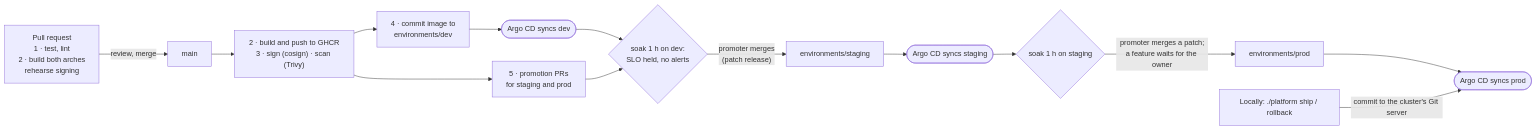
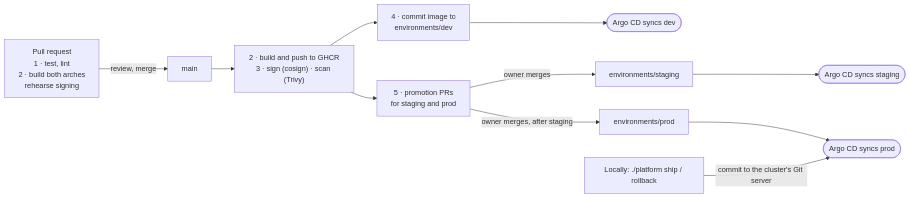
One commit to iantest11111989/orders-gateway-platform changed the second of 2 diagrams in README.md. Above: the diagram before and after it, drawn with Mermaid. The commit also changed other lines of this file and 31 other files, not shown here.

First line of the commit message:
Remove the patch promoter; the trickle becomes a standalone curl loop

````diff
--- a/README.md
+++ b/README.md
@@ -223,16 +222,13 @@
 ```mermaid
 flowchart LR
   pr["Pull request<br/>1 · test, lint<br/>2 · build both arches<br/>rehearse signing"] -->|review, merge| main["main"]
   main --> build["2 · build and push to GHCR<br/>3 · sign (cosign) · scan (Trivy)"]
   build --> devc["4 · commit image to<br/>environments/dev"]
   devc --> devs(["Argo CD syncs dev"])
   build --> prs["5 · promotion PRs<br/>for staging and prod"]
-  devs --> soak1{"soak 1 h on dev:<br/>SLO held, no alerts"}
-  prs --> soak1
-  soak1 -->|"promoter merges<br/>(patch release)"| stc["environments/staging"]
+  prs -->|"owner merges"| stc["environments/staging"]
   stc --> sts(["Argo CD syncs staging"])
-  sts --> soak2{"soak 1 h on staging"}
-  soak2 -->|"promoter merges a patch;<br/>a feature waits for the owner"| prc["environments/prod"]
+  prs -->|"owner merges, after staging"| prc["environments/prod"]
   prc --> prs2(["Argo CD syncs prod"])
   localship["Locally: ./platform ship / rollback"] -->|"commit to the cluster's Git server"| prs2
 ```
````
